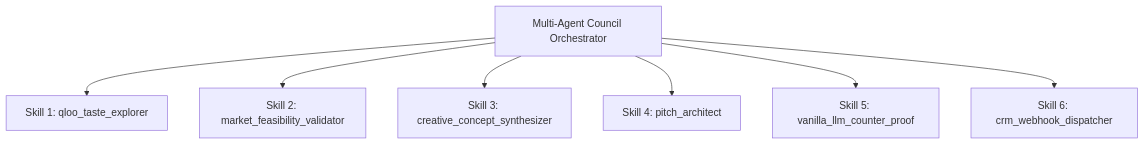
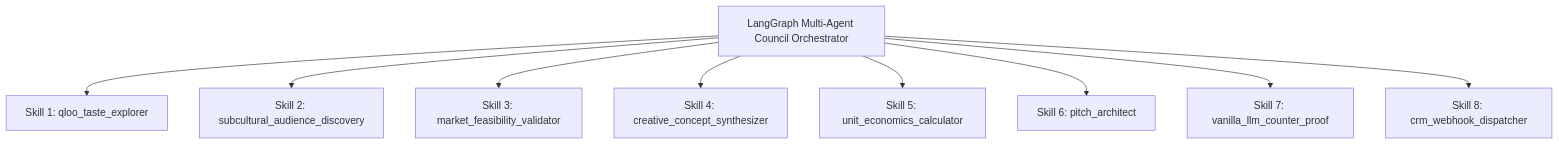
Before and after one commit to masbroustudio/VenturePulse: the diagram in docs/AGENT_SKILLS.md, drawn with Mermaid. The commit also changed other lines of this file and 16 other files, not shown here.

````diff
--- a/docs/AGENT_SKILLS.md
+++ b/docs/AGENT_SKILLS.md
@@ -10,10 +10,12 @@
 ```mermaid
 flowchart TD
-    Council["Multi-Agent Council Orchestrator"]
+    Council["LangGraph Multi-Agent Council Orchestrator"]
     Council --> S1["Skill 1: qloo_taste_explorer"]
-    Council --> S2["Skill 2: market_feasibility_validator"]
-    Council --> S3["Skill 3: creative_concept_synthesizer"]
-    Council --> S4["Skill 4: pitch_architect"]
-    Council --> S5["Skill 5: vanilla_llm_counter_proof"]
-    Council --> S6["Skill 6: crm_webhook_dispatcher"]
+    Council --> S2["Skill 2: subcultural_audience_discovery"]
+    Council --> S3["Skill 3: market_feasibility_validator"]
+    Council --> S4["Skill 4: creative_concept_synthesizer"]
+    Council --> S5["Skill 5: unit_economics_calculator"]
+    Council --> S6["Skill 6: pitch_architect"]
+    Council --> S7["Skill 7: vanilla_llm_counter_proof"]
+    Council --> S8["Skill 8: crm_webhook_dispatcher"]
 ```
````
